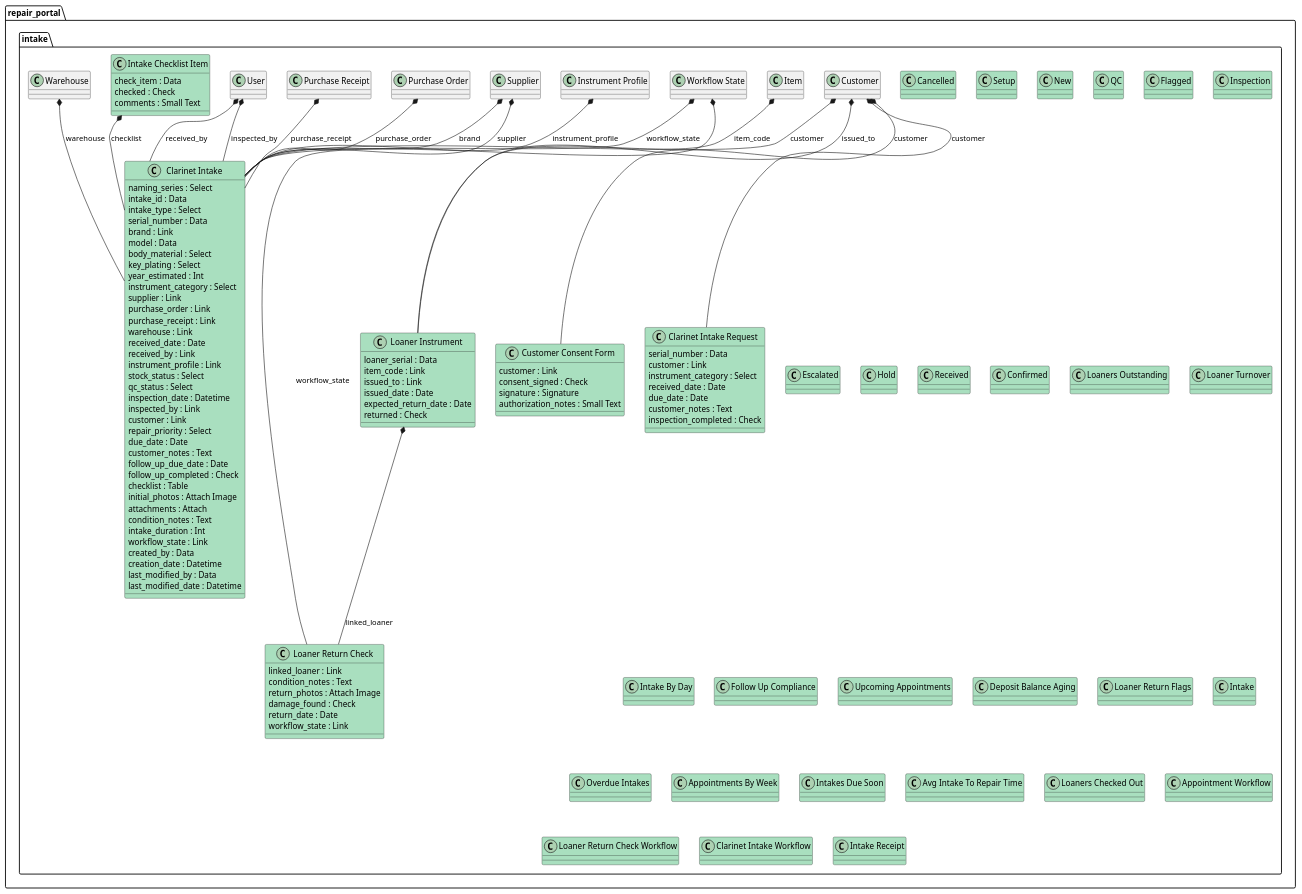
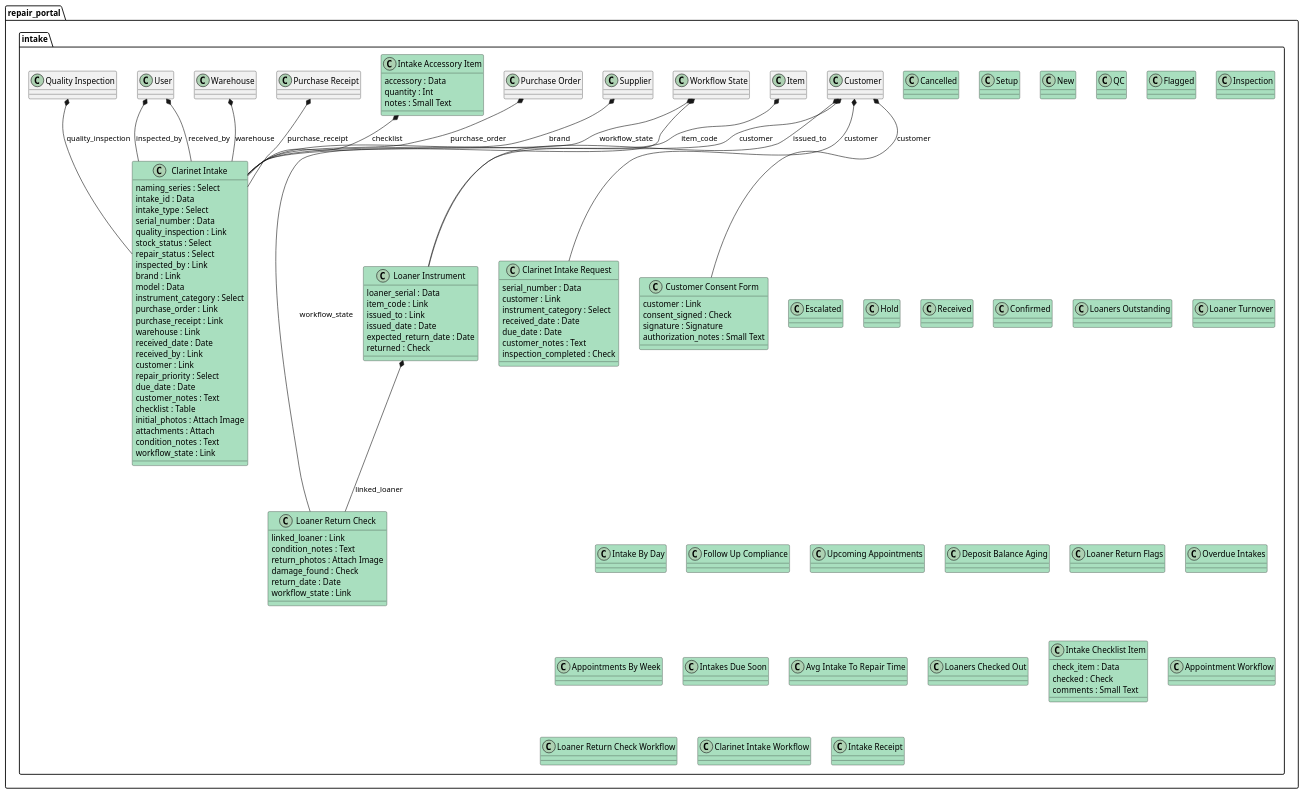
The diagram in fviz/module/repair_portal_intake.plantuml (ArtisanClarinets/repair_portal), drawn with PlantUML before and after one commit. The commit also changed 56 other files, not shown here.

```diff
--- a/fviz/module/repair_portal_intake.plantuml
+++ b/fviz/module/repair_portal_intake.plantuml
@@ -1,152 +1,142 @@
 @startuml
 package repair_portal.intake <<Folder>> {
 class "Cancelled" #A9DFBF {
 }
 class "Setup" #A9DFBF {
 }
 class "New" #A9DFBF {
 }
 class "QC" #A9DFBF {
 }
 class "Flagged" #A9DFBF {
 }
 class "Inspection" #A9DFBF {
 }
 class "Escalated" #A9DFBF {
 }
 class "Hold" #A9DFBF {
 }
 class "Received" #A9DFBF {
 }
 class "Confirmed" #A9DFBF {
 }
 class "Loaners Outstanding" #A9DFBF {
 }
 class "Loaner Turnover" #A9DFBF {
 }
 class "Intake By Day" #A9DFBF {
 }
 class "Follow Up Compliance" #A9DFBF {
 }
 class "Upcoming Appointments" #A9DFBF {
 }
 class "Follow Up Compliance" #A9DFBF {
 }
 class "Deposit Balance Aging" #A9DFBF {
 }
 class "Loaner Return Flags" #A9DFBF {
 }
-class "Intake" #A9DFBF {
-}
 "Customer" *-- "Clarinet Intake Request" : customer
 class "Clarinet Intake Request" #A9DFBF {
   serial_number : Data
   customer : Link
   instrument_category : Select
   received_date : Date
   due_date : Date
   customer_notes : Text
   inspection_completed : Check
 }
 class "Overdue Intakes" #A9DFBF {
 }
 class "Appointments By Week" #A9DFBF {
 }
 class "Intakes Due Soon" #A9DFBF {
 }
 class "Avg Intake To Repair Time" #A9DFBF {
 }
 class "Loaners Checked Out" #A9DFBF {
 }
 class "Intake Checklist Item" #A9DFBF {
   check_item : Data
   checked : Check
   comments : Small Text
+}
+class "Intake Accessory Item" #A9DFBF {
+  accessory : Data
+  quantity : Int
+  notes : Small Text
 }
 "Loaner Instrument" *-- "Loaner Return Check" : linked_loaner
 "Workflow State" *-- "Loaner Return Check" : workflow_state
 class "Loaner Return Check" #A9DFBF {
   linked_loaner : Link
   condition_notes : Text
   return_photos : Attach Image
   damage_found : Check
   return_date : Date
   workflow_state : Link
 }
 "Item" *-- "Loaner Instrument" : item_code
 "Customer" *-- "Loaner Instrument" : issued_to
 class "Loaner Instrument" #A9DFBF {
   loaner_serial : Data
   item_code : Link
   issued_to : Link
   issued_date : Date
   expected_return_date : Date
   returned : Check
 }
 "Customer" *-- "Customer Consent Form" : customer
 class "Customer Consent Form" #A9DFBF {
   customer : Link
   consent_signed : Check
   signature : Signature
   authorization_notes : Small Text
 }
+"Quality Inspection" *-- "Clarinet Intake" : quality_inspection
+"User" *-- "Clarinet Intake" : inspected_by
 "Supplier" *-- "Clarinet Intake" : brand
-"Supplier" *-- "Clarinet Intake" : supplier
 "Purchase Order" *-- "Clarinet Intake" : purchase_order
 "Purchase Receipt" *-- "Clarinet Intake" : purchase_receipt
 "Warehouse" *-- "Clarinet Intake" : warehouse
 "User" *-- "Clarinet Intake" : received_by
-"Instrument Profile" *-- "Clarinet Intake" : instrument_profile
-"User" *-- "Clarinet Intake" : inspected_by
 "Customer" *-- "Clarinet Intake" : customer
-"Intake Checklist Item" *-- "Clarinet Intake" : checklist
+"Intake Accessory Item" *-- "Clarinet Intake" : checklist
 "Workflow State" *-- "Clarinet Intake" : workflow_state
 class "Clarinet Intake" #A9DFBF {
   naming_series : Select
   intake_id : Data
   intake_type : Select
   serial_number : Data
+  quality_inspection : Link
+  stock_status : Select
+  repair_status : Select
+  inspected_by : Link
   brand : Link
   model : Data
-  body_material : Select
-  key_plating : Select
-  year_estimated : Int
   instrument_category : Select
-  supplier : Link
   purchase_order : Link
   purchase_receipt : Link
   warehouse : Link
   received_date : Date
   received_by : Link
-  instrument_profile : Link
-  stock_status : Select
-  qc_status : Select
-  inspection_date : Datetime
-  inspected_by : Link
   customer : Link
   repair_priority : Select
   due_date : Date
   customer_notes : Text
-  follow_up_due_date : Date
-  follow_up_completed : Check
   checklist : Table
   initial_photos : Attach Image
   attachments : Attach
   condition_notes : Text
-  intake_duration : Int
   workflow_state : Link
-  created_by : Data
-  creation_date : Datetime
-  last_modified_by : Data
-  last_modified_date : Datetime
 }
 class "Appointment Workflow" #A9DFBF {
 }
 class "Loaner Return Check Workflow" #A9DFBF {
 }
 class "Clarinet Intake Workflow" #A9DFBF {
 }
 class "Intake Receipt" #A9DFBF {
 }
 }
 @enduml
```
